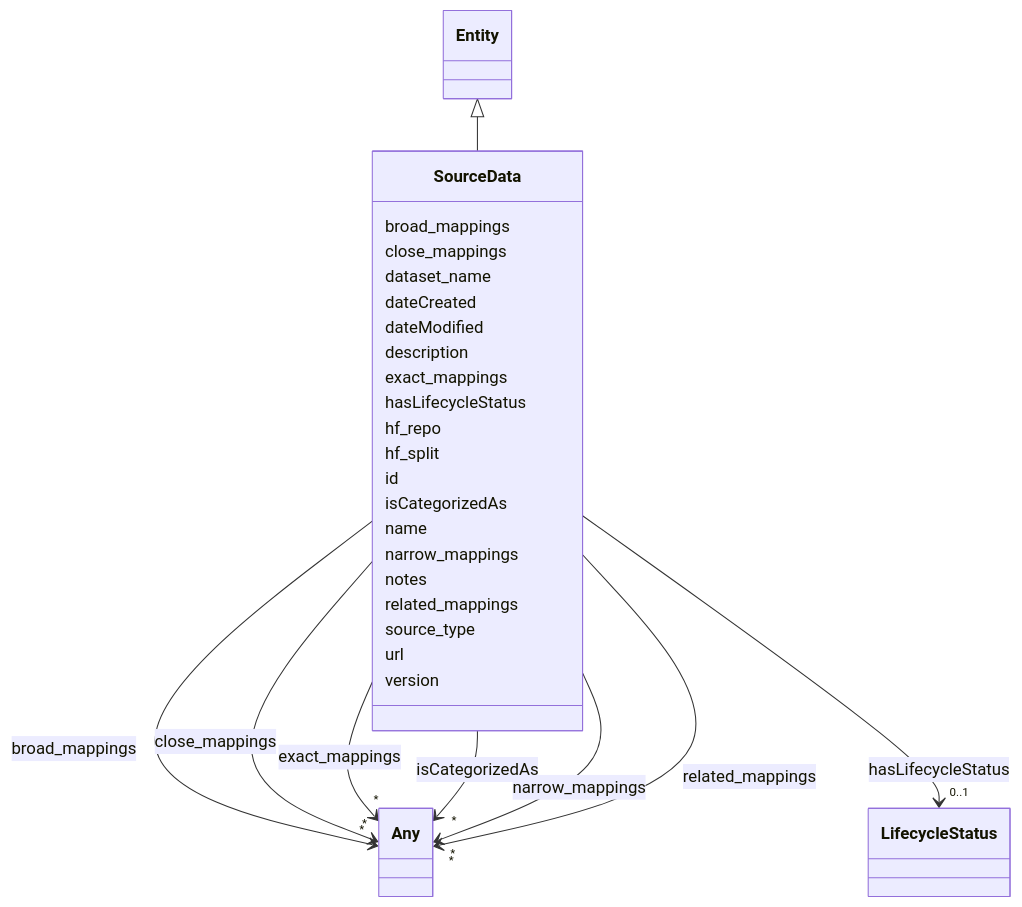
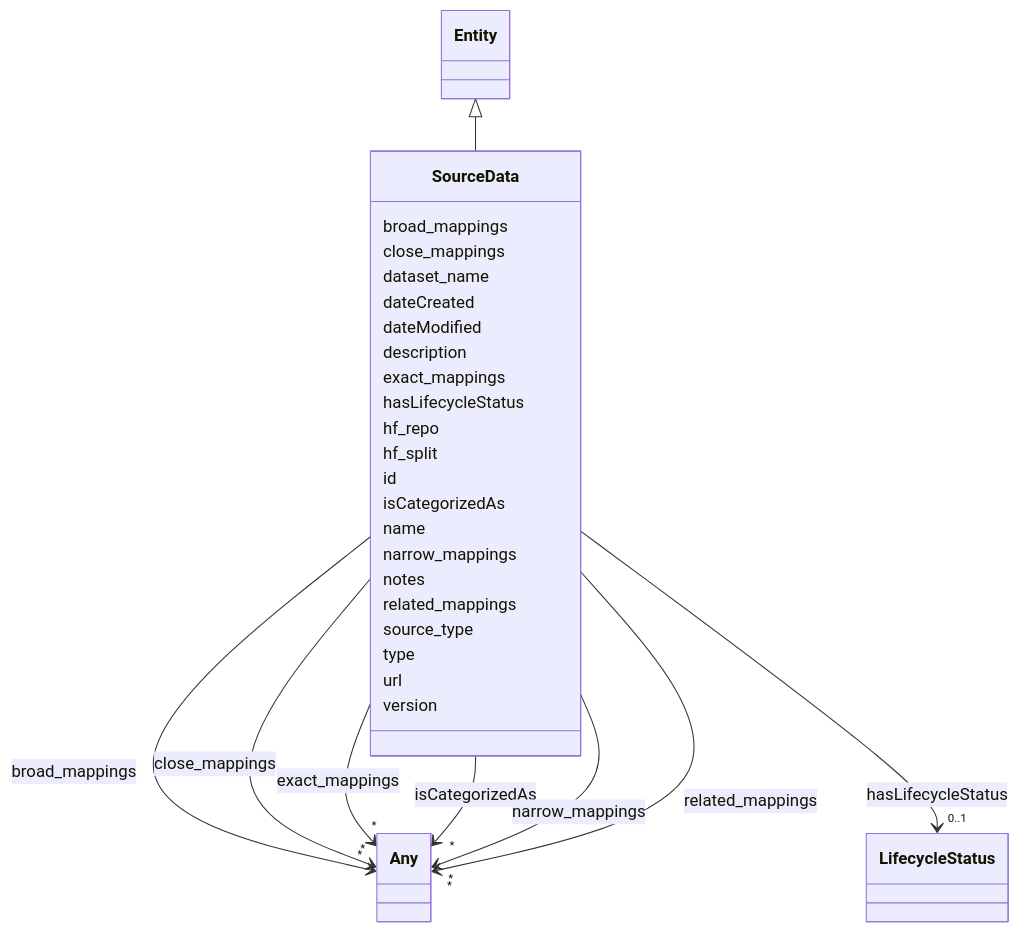
One commit to IBM/ai-atlas-nexus changed the diagram in docs/ontology/SourceData.md. Above: the diagram before and after it, drawn with Mermaid. The commit also changed other lines of this file and 151 other files, not shown here.

```diff
--- a/docs/ontology/SourceData.md
+++ b/docs/ontology/SourceData.md
@@ -115,6 +115,8 @@
 
       SourceData : source_type
 
+      SourceData : type
+
       SourceData : url
 
       SourceData : version
```
